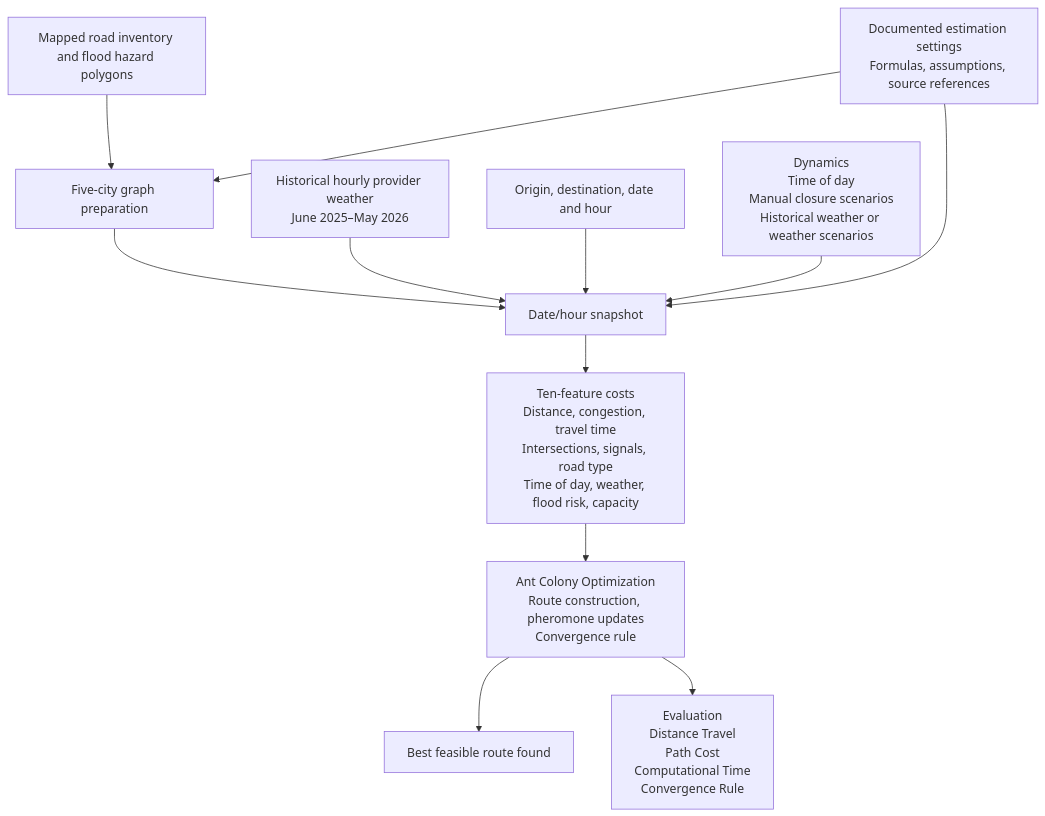
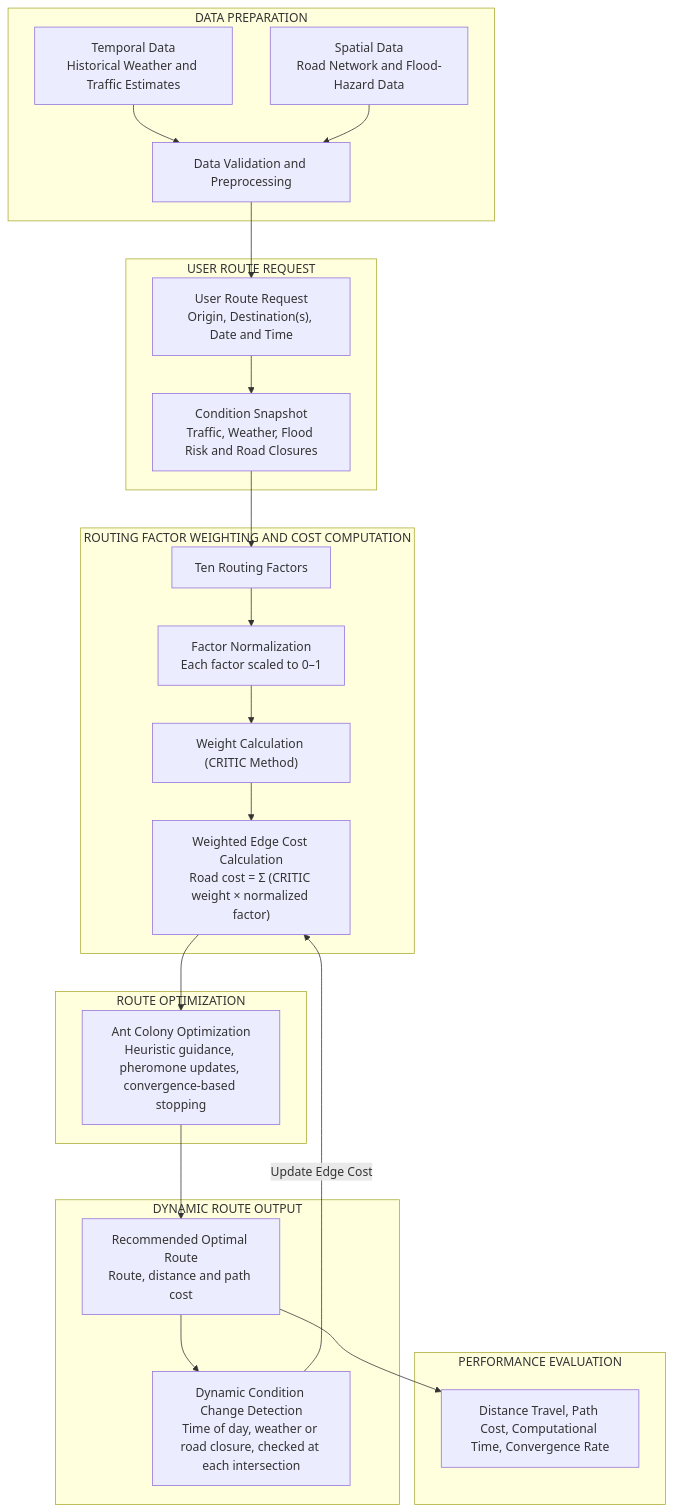
The diagram in traffic_system/docs/aco_system_architecture.md (Traffic-Forecasting-Thesis-Group/ANTROUTE), drawn with Mermaid before and after one commit. The commit also changed other lines of this file and 47 other files, not shown here.

First line of the commit message:
Add places gazetteer source and routing contribution explanations

````diff
--- a/traffic_system/docs/aco_system_architecture.md
+++ b/traffic_system/docs/aco_system_architecture.md
@@ -7,14 +7,30 @@
 ```mermaid
 flowchart TD
-    A["Mapped road inventory and flood hazard polygons"] --> C["Five-city graph preparation"]
-    B["Historical hourly provider weather<br/>June 2025–May 2026"] --> D["Date/hour snapshot"]
-    P["Documented estimation settings<br/>Formulas, assumptions, source references"] --> C
-    P --> D
-    C --> D
-    R["Origin, destination, date and hour"] --> D
-    X["Dynamics<br/>Time of day<br/>Manual closure scenarios<br/>Historical weather or weather scenarios"] --> D
-    D --> F["Ten-feature costs<br/>Distance, congestion, travel time<br/>Intersections, signals, road type<br/>Time of day, weather, flood risk, capacity"]
-    F --> G["Ant Colony Optimization<br/>Route construction, pheromone updates<br/>Convergence rule"]
-    G --> H["Best feasible route found"]
-    G --> E["Evaluation<br/>Distance Travel<br/>Path Cost<br/>Computational Time<br/>Convergence Rule"]
+    subgraph S1["DATA PREPARATION"]
+        T["Temporal Data<br/>Historical Weather and Traffic Estimates"] --> V["Data Validation and Preprocessing"]
+        P["Spatial Data<br/>Road Network and Flood-Hazard Data"] --> V
+    end
+    subgraph S2["USER ROUTE REQUEST"]
+        R["User Route Request<br/>Origin, Destination(s), Date and Time"] --> C["Condition Snapshot<br/>Traffic, Weather, Flood Risk and Road Closures"]
+    end
+    subgraph S3["ROUTING FACTOR WEIGHTING AND COST COMPUTATION"]
+        F["Ten Routing Factors"] --> N["Factor Normalization<br/>Each factor scaled to 0–1"]
+        N --> W["Weight Calculation (CRITIC Method)"]
+        W --> E["Weighted Edge Cost Calculation<br/>Road cost = Σ (CRITIC weight × normalized factor)"]
+    end
+    subgraph S4["ROUTE OPTIMIZATION"]
+        A["Ant Colony Optimization<br/>Heuristic guidance, pheromone updates, convergence-based stopping"]
+    end
+    subgraph S5["DYNAMIC ROUTE OUTPUT"]
+        O["Recommended Optimal Route<br/>Route, distance and path cost"] --> D["Dynamic Condition Change Detection<br/>Time of day, weather or road closure, checked at each intersection"]
+    end
+    subgraph S6["PERFORMANCE EVALUATION"]
+        M["Distance Travel, Path Cost, Computational Time, Convergence Rate"]
+    end
+    V --> R
+    C --> F
+    E --> A
+    A --> O
+    D -- "Update Edge Cost" --> E
+    O --> M
 ```
````
